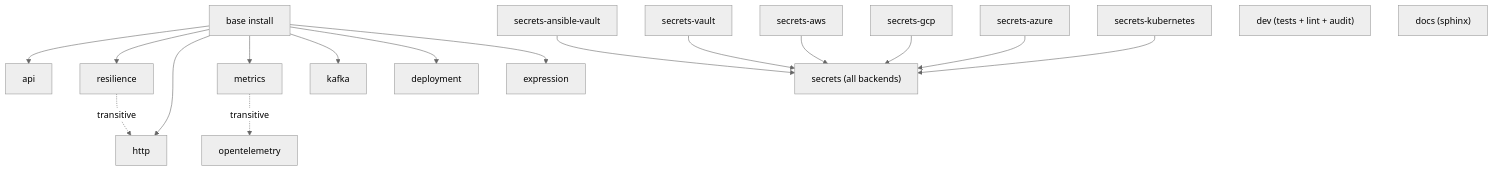
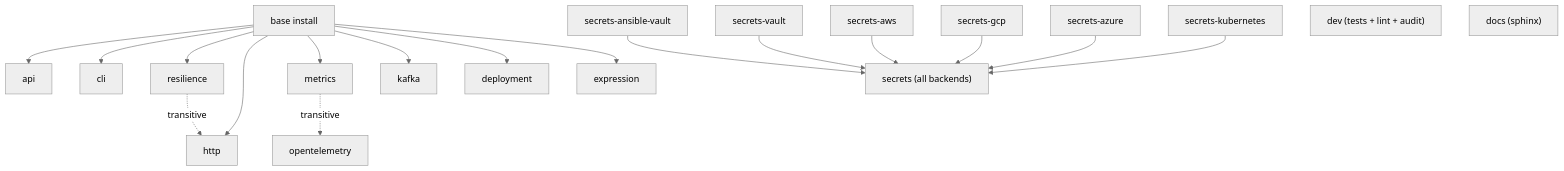
One commit to hyperi-io/scalo-py changed the diagram in docs/EXTRAS-FLAGS.md. Above: the diagram before and after it, drawn with Mermaid (neutral theme). The commit also changed other lines of this file and 40 other files, not shown here.

````diff
--- a/docs/EXTRAS-FLAGS.md
+++ b/docs/EXTRAS-FLAGS.md
@@ -47,40 +47,42 @@
 ```mermaid
 flowchart TB
     Base["base install"]
     API["api"]
+    CLI["cli"]
     Resil["resilience"]
     HTTP["http"]
     Metrics["metrics"]
     OTel["opentelemetry"]
     Kafka["kafka"]
     Expr["expression"]
     Deploy["deployment"]
     SAV["secrets-ansible-vault"]
     SV["secrets-vault"]
     SA["secrets-aws"]
     SG["secrets-gcp"]
     SAz["secrets-azure"]
     SK["secrets-kubernetes"]
     SAll["secrets (all backends)"]
     Dev["dev (tests + lint + audit)"]
     Docs["docs (sphinx)"]
 
     Base --> API
+    Base --> CLI
     Base --> Resil
     Base --> HTTP
     Base --> Metrics
     Base --> Kafka
     Base --> Deploy
     Base --> Expr
 
     Resil -.transitive.-> HTTP
 
     Metrics -.transitive.-> OTel
 
     SAV --> SAll
     SV --> SAll
     SA --> SAll
     SG --> SAll
     SAz --> SAll
     SK --> SAll
 ```
````
